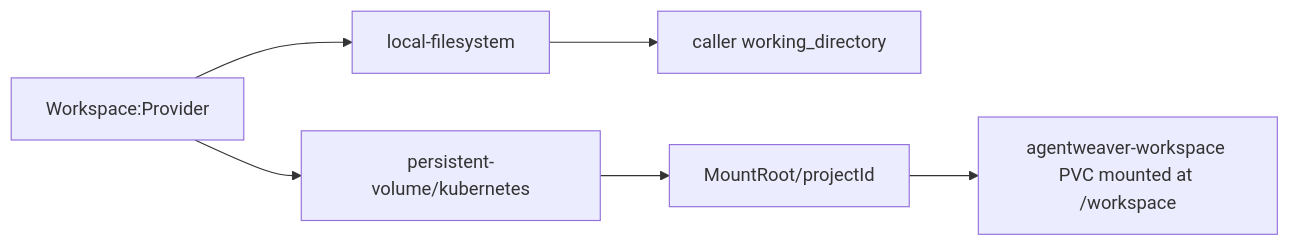
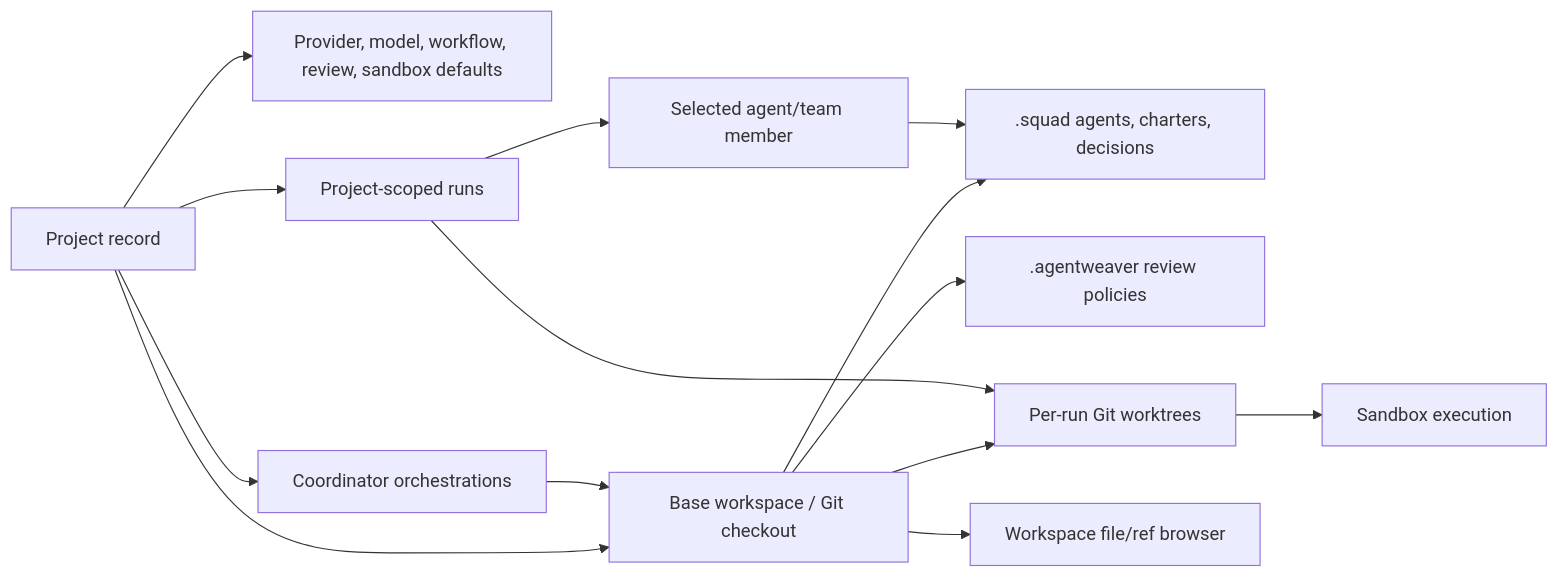
The third of 3 diagrams in docs/deep-dive/projects.md (sabbour/agentweaver), drawn with Mermaid before and after one commit. The commit also changed other lines of this file and 12 other files, not shown here.

````diff
--- a/docs/deep-dive/projects.md
+++ b/docs/deep-dive/projects.md
@@ -49,8 +210,19 @@
 ```mermaid
 flowchart LR
-  Config[Workspace:Provider] --> Local[local-filesystem]
-  Config --> PVC[persistent-volume/kubernetes]
-  Local --> LPath[caller working_directory]
-  PVC --> PPath[MountRoot/projectId]
-  PPath --> PVCClaim[agentweaver-workspace PVC mounted at /workspace]
+  Project[Project record] --> Defaults[Provider, model, workflow, review, sandbox defaults]
+  Project --> BaseWorkspace[Base workspace / Git checkout]
+  Project --> Runs[Project-scoped runs]
+  Project --> Orchestrations[Coordinator orchestrations]
+
+  BaseWorkspace --> SquadFiles[.squad agents, charters, decisions]
+  BaseWorkspace --> ReviewPolicies[.agentweaver review policies]
+  BaseWorkspace --> Worktrees[Per-run Git worktrees]
+
+  Runs --> Worktrees
+  Runs --> Agents[Selected agent/team member]
+  Agents --> SquadFiles
+
+  Orchestrations --> BaseWorkspace
+  Worktrees --> Sandbox[Sandbox execution]
+  BaseWorkspace --> WorkspaceBrowser[Workspace file/ref browser]
 ```
````
